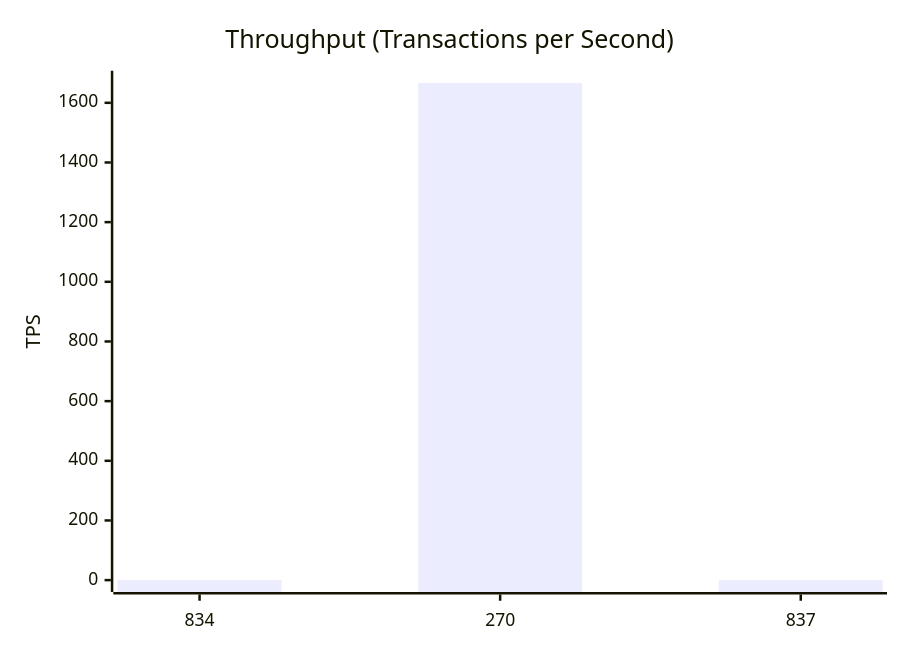
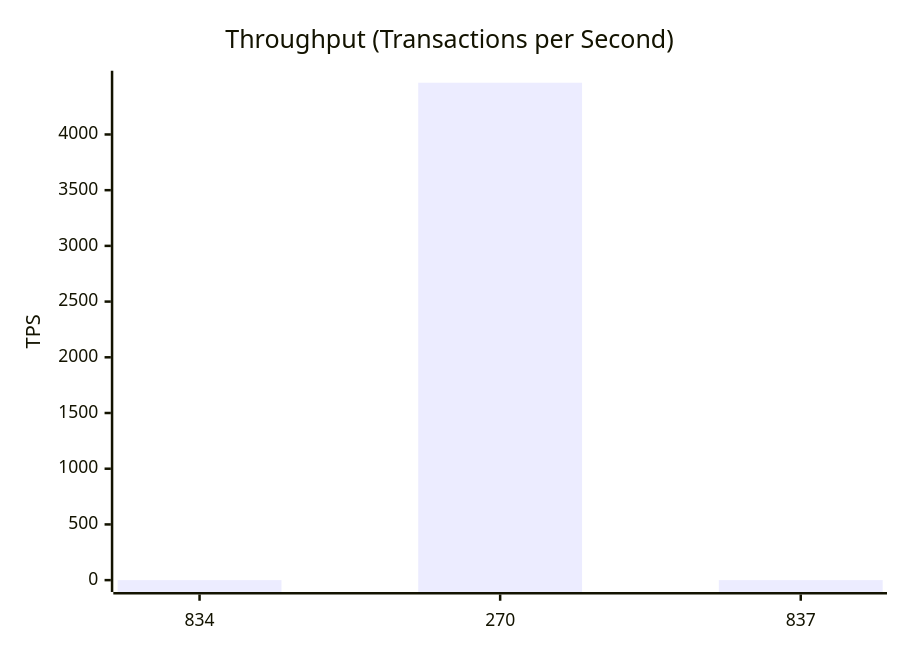
One commit to dhagan-va/intern-2025 changed the second of 10 diagrams in test-tools/DataGen/src/Statistics_Visualizer.md. Above: the diagram before and after it, drawn with Mermaid. The commit also changed other lines of this file and 2 other files, not shown here.

````diff
--- a/test-tools/DataGen/src/Statistics_Visualizer.md
+++ b/test-tools/DataGen/src/Statistics_Visualizer.md
@@ -28,7 +28,7 @@
 ```mermaid
 xychart-beta
     title "Throughput (Transactions per Second)"
     x-axis ["834", "270", "837"]
-    y-axis "TPS" 0 --> 1667.6666666666667
-    bar [0.0, 1666.6666666666667, 0.0]
+    y-axis "TPS" 0 --> 4465.305644221626
+    bar [0.0, 4464.305644221626, 0.0]
 ```
````
